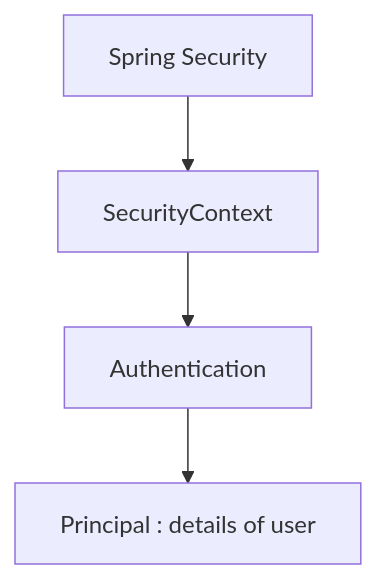
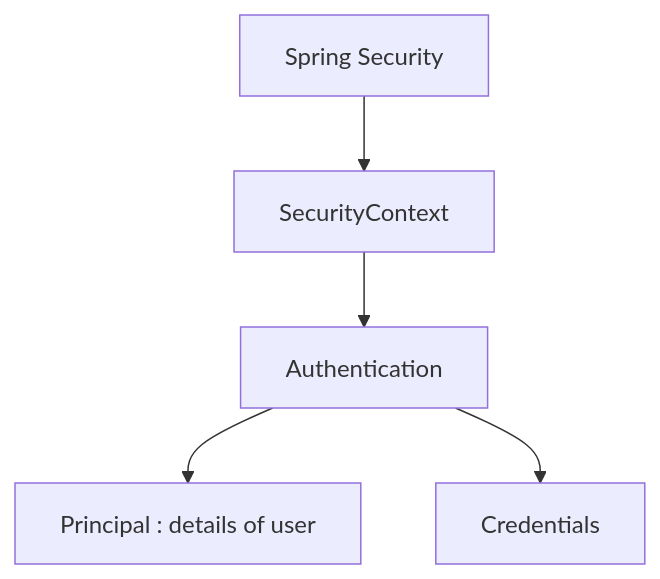
Before and after one commit to Arannamoy-Mondal/Spring_Boot: the second of 3 diagrams in Readme.md, drawn with Mermaid.

````diff
--- a/Readme.md
+++ b/Readme.md
@@ -739,6 +739,7 @@
 ```mermaid
 graph TD;
 A[Spring Security] --> B[SecurityContextHolder]
 B[SecurityContext]-->C[Authentication]
 C[Authentication]-->D[Principal : details of user]
+C[Authentication] --> E[Credentials]
 ```
````
